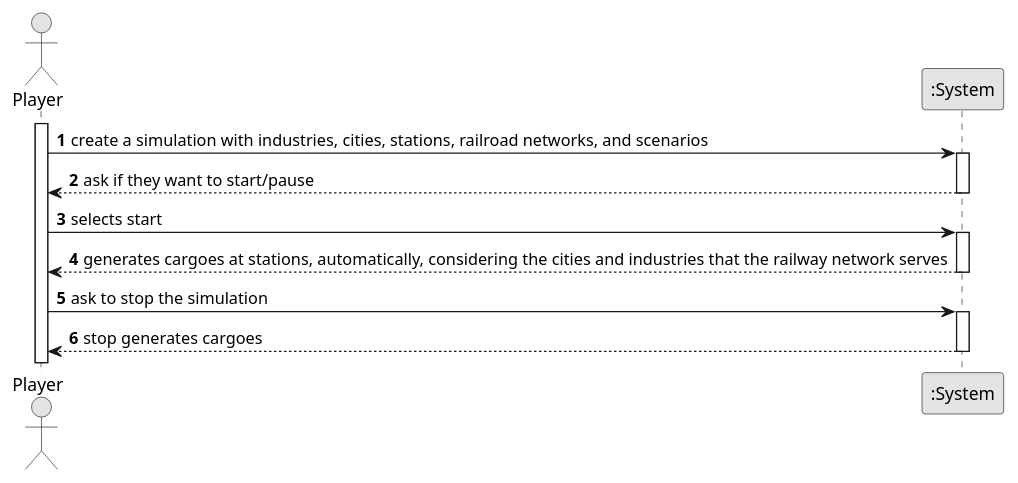
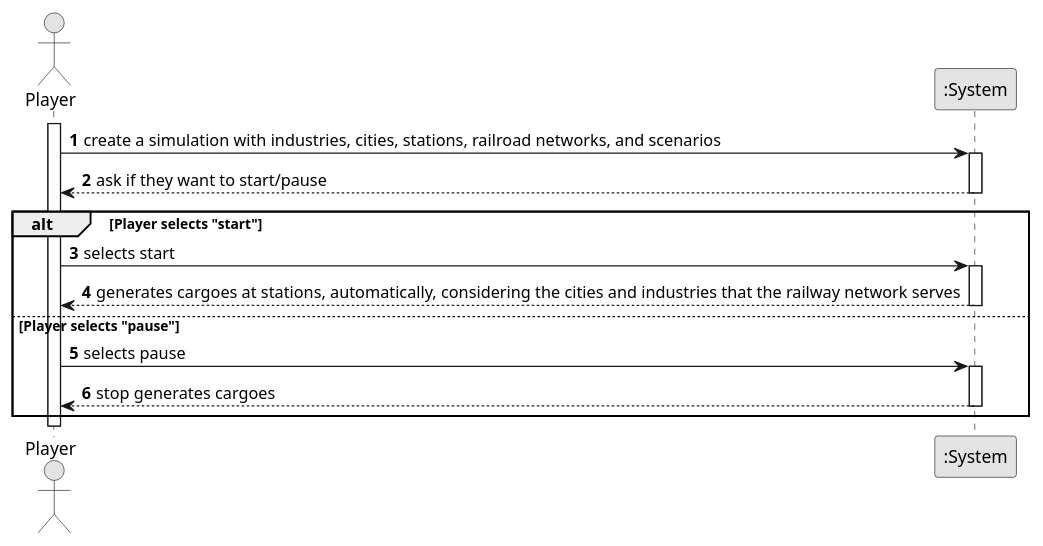
Before and after one commit to 1240826/empire-on-tracks: the diagram in docs/system-documentation/US012/01.requirements-engineering/puml/US012-SSD.puml, drawn with PlantUML. The commit also changed 3 other files, not shown here.

```diff
--- a/docs/system-documentation/US012/01.requirements-engineering/puml/US012-SSD.puml
+++ b/docs/system-documentation/US012/01.requirements-engineering/puml/US012-SSD.puml
@@ -1,32 +1,33 @@
 @startuml
 skinparam monochrome true
 skinparam packageStyle rectangle
 skinparam shadowing false
 
 autonumber
 
 actor "Player" as Owner
 participant ":System" as System
 
 activate Owner
 
     Owner -> System : create a simulation with industries, cities, stations, railroad networks, and scenarios
     activate System
-
         System --> Owner : ask if they want to start/pause
     deactivate System
 
-    Owner -> System : selects start
-    activate System
+    alt Player selects "start"
+        Owner -> System : selects start
+        activate System
+            System --> Owner : generates cargoes at stations, automatically, considering the cities and industries that the railway network serves
+        deactivate System
+        else Player selects "pause"
 
-        System --> Owner :  generates cargoes at stations, automatically, considering the cities and industries that the railway network serves
-    deactivate System
+        Owner -> System : selects pause
+        activate System
+            System --> Owner : stop generates cargoes
+        deactivate System
 
-    Owner -> System : ask to stop the simulation
-    activate System
-
-        System --> Owner : stop generates cargoes
-    deactivate System
-
+        deactivate System
+    end
 
 @enduml
```
